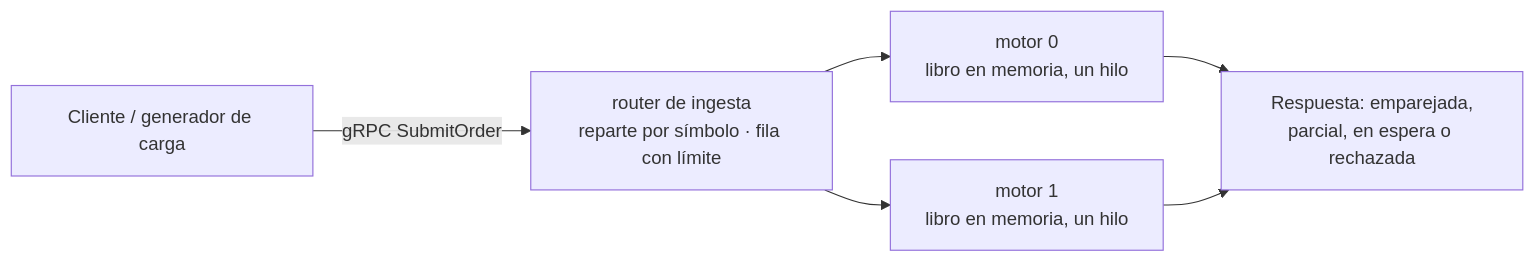
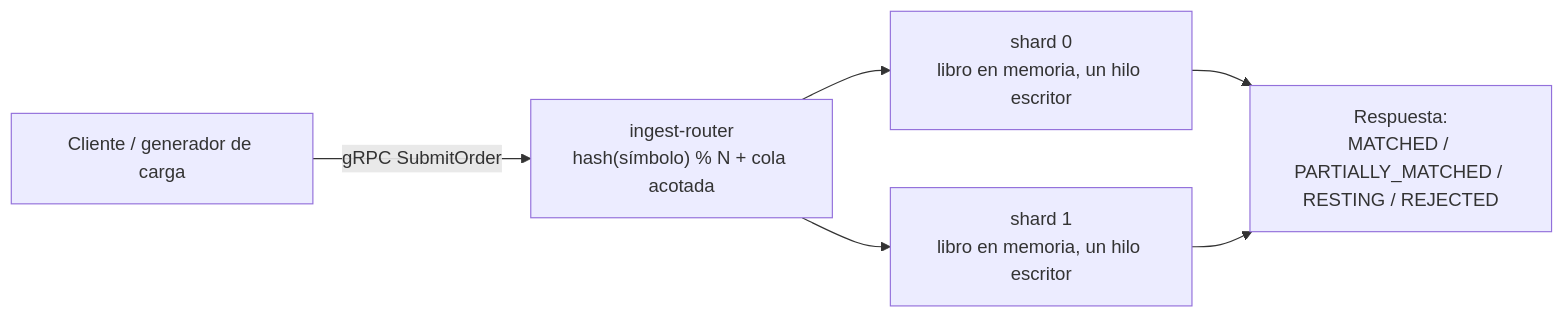
Before and after one commit to MATI-MBIT/arqsoft-reto-1: the first of 5 diagrams in docs/experimentov3.md, drawn with Mermaid. The commit also changed other lines of this file, not shown here.

````diff
--- a/docs/experimentov3.md
+++ b/docs/experimentov3.md
@@ -14,8 +14,8 @@
 ```mermaid
 flowchart LR
-    K["Cliente / generador de carga"] -->|gRPC SubmitOrder| R["router de ingesta\nreparte por símbolo · fila con límite"]
-    R --> S0["motor 0\nlibro en memoria, un hilo"]
-    R --> S1["motor 1\nlibro en memoria, un hilo"]
-    S0 --> RTA["Respuesta: emparejada,\nparcial, en espera o rechazada"]
+    K["Cliente / generador de carga"] -->|gRPC SubmitOrder| R["ingest-router\nhash(símbolo) % N + cola acotada"]
+    R --> S0["shard 0\nlibro en memoria, un hilo escritor"]
+    R --> S1["shard 1\nlibro en memoria, un hilo escritor"]
+    S0 --> RTA["Respuesta:\nMATCHED / PARTIALLY_MATCHED / RESTING / REJECTED"]
     S1 --> RTA
 ```
````
